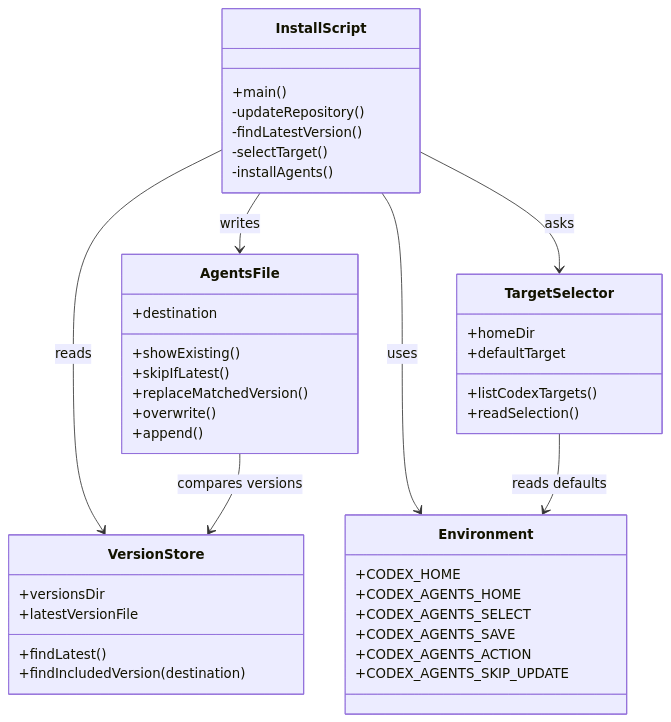
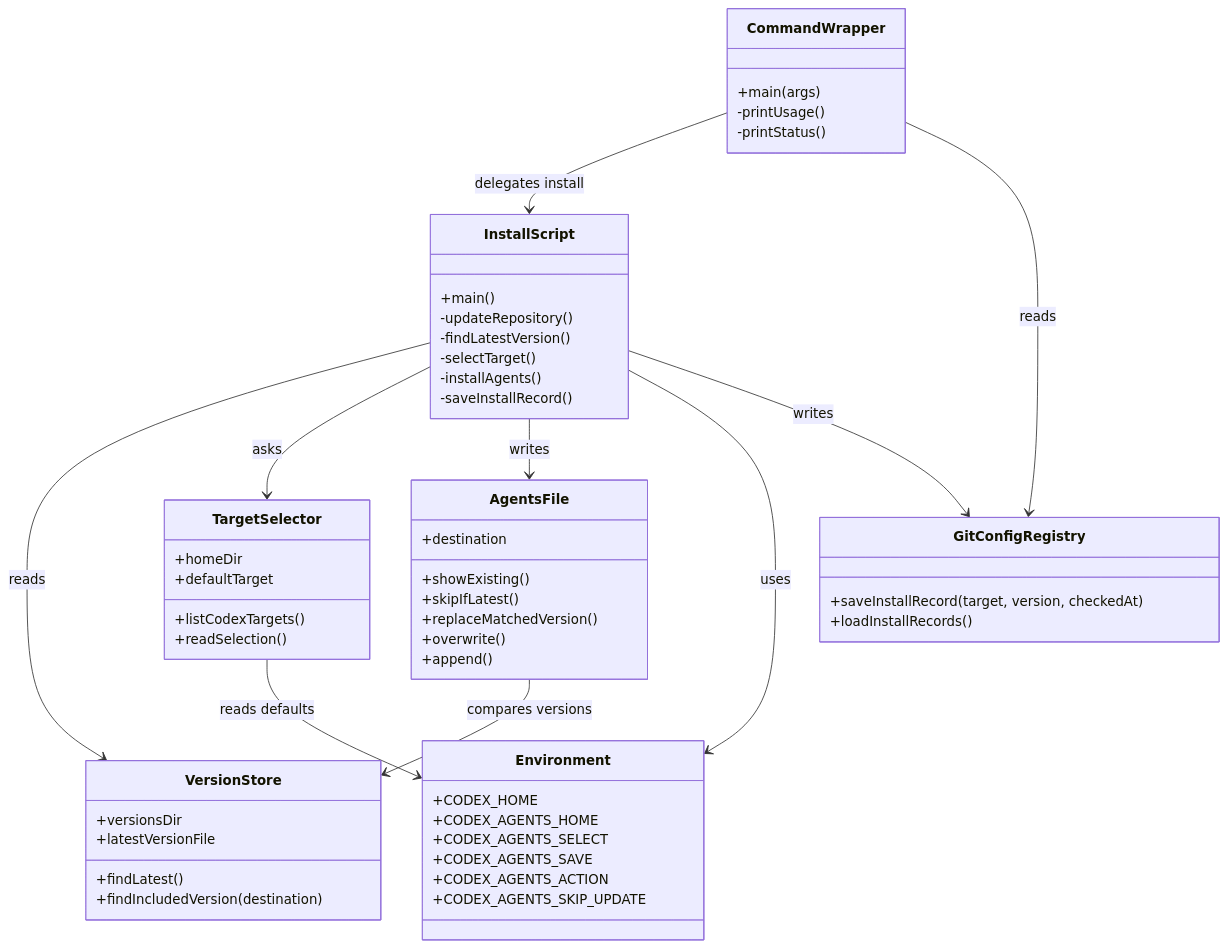
Before and after one commit to YamamotoYamato/codex-agents-installer: the diagram in docs/design/class.md, drawn with Mermaid. The commit also changed other lines of this file and 4 other files, not shown here.

````diff
--- a/docs/design/class.md
+++ b/docs/design/class.md
@@ -5,49 +5,64 @@
 ```mermaid
 classDiagram
     class InstallScript {
         +main()
         -updateRepository()
         -findLatestVersion()
         -selectTarget()
         -installAgents()
+        -saveInstallRecord()
+    }
+
+    class CommandWrapper {
+        +main(args)
+        -printUsage()
+        -printStatus()
     }
 
     class VersionStore {
         +versionsDir
         +latestVersionFile
         +findLatest()
         +findIncludedVersion(destination)
     }
 
     class TargetSelector {
         +homeDir
         +defaultTarget
         +listCodexTargets()
         +readSelection()
     }
 
     class AgentsFile {
         +destination
         +showExisting()
         +skipIfLatest()
         +replaceMatchedVersion()
         +overwrite()
         +append()
     }
 
     class Environment {
         +CODEX_HOME
         +CODEX_AGENTS_HOME
         +CODEX_AGENTS_SELECT
         +CODEX_AGENTS_SAVE
         +CODEX_AGENTS_ACTION
         +CODEX_AGENTS_SKIP_UPDATE
     }
 
+    class GitConfigRegistry {
+        +saveInstallRecord(target, version, checkedAt)
+        +loadInstallRecords()
+    }
+
+    CommandWrapper --> InstallScript : delegates install
+    CommandWrapper --> GitConfigRegistry : reads
     InstallScript --> VersionStore : reads
     InstallScript --> TargetSelector : asks
     InstallScript --> AgentsFile : writes
     InstallScript --> Environment : uses
+    InstallScript --> GitConfigRegistry : writes
     TargetSelector --> Environment : reads defaults
     AgentsFile --> VersionStore : compares versions
 ```
````
